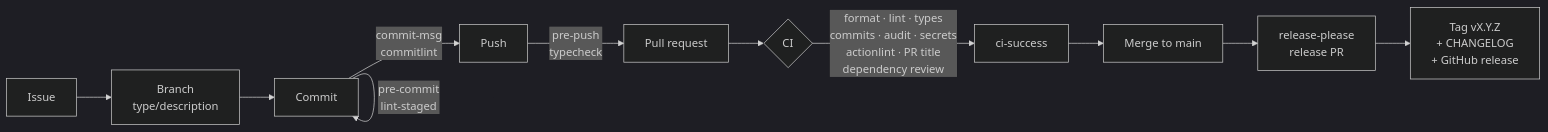
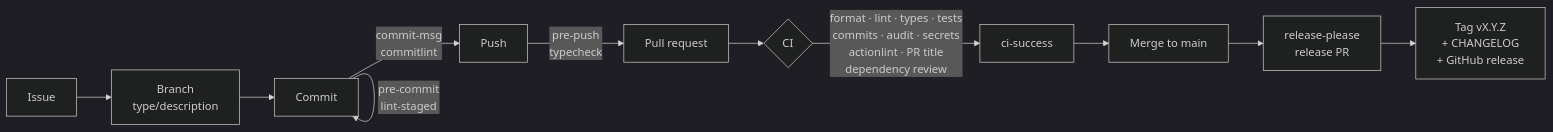
One commit to BrahimNJ/DevPulse changed the second of 2 diagrams in README.md. Above: the diagram before and after it, drawn with Mermaid (dark theme). The commit also changed other lines of this file and 4 other files, not shown here.

````diff
--- a/README.md
+++ b/README.md
@@ -65,13 +128,13 @@
 ```mermaid
 flowchart LR
     A[Issue] --> B[Branch<br/>type/description]
     B --> C[Commit]
     C -->|pre-commit<br/>lint-staged| C
     C -->|commit-msg<br/>commitlint| D[Push]
     D -->|pre-push<br/>typecheck| E[Pull request]
     E --> F{CI}
-    F -->|format · lint · types<br/>commits · audit · secrets<br/>actionlint · PR title<br/>dependency review| G[ci-success]
+    F -->|format · lint · types · tests<br/>commits · audit · secrets<br/>actionlint · PR title<br/>dependency review| G[ci-success]
     G --> H[Merge to main]
     H --> I[release-please<br/>release PR]
     I --> J[Tag vX.Y.Z<br/>+ CHANGELOG<br/>+ GitHub release]
 ```
````
